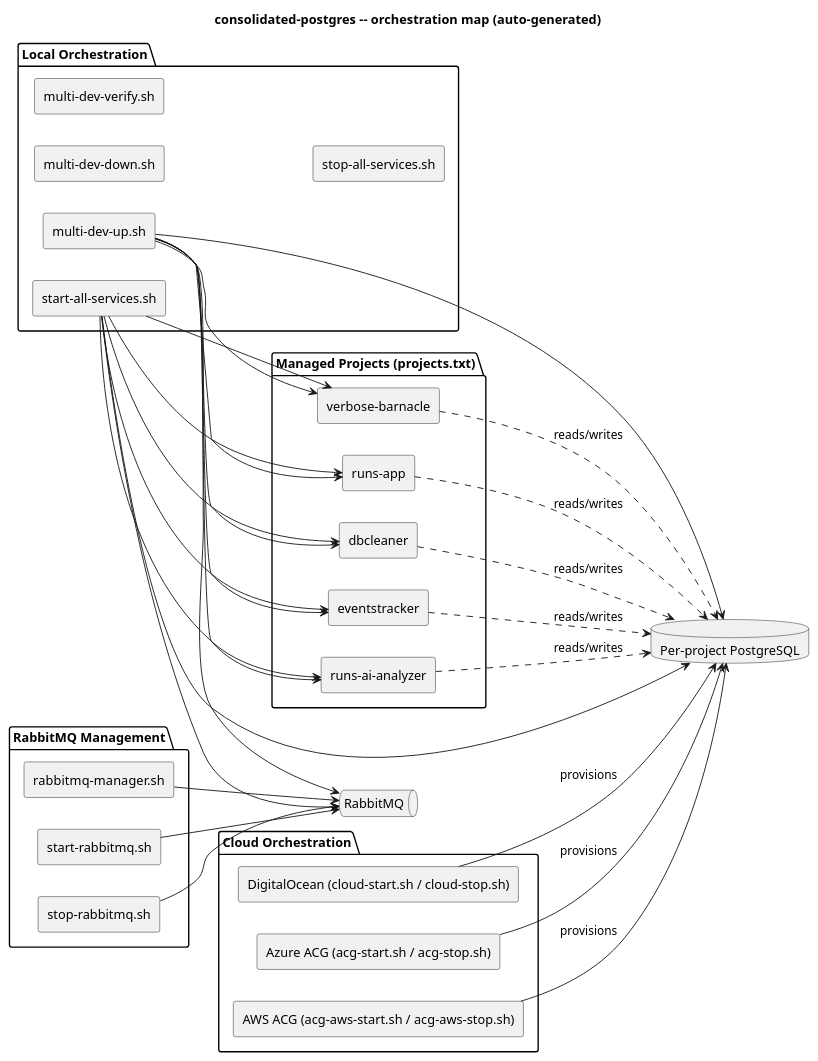
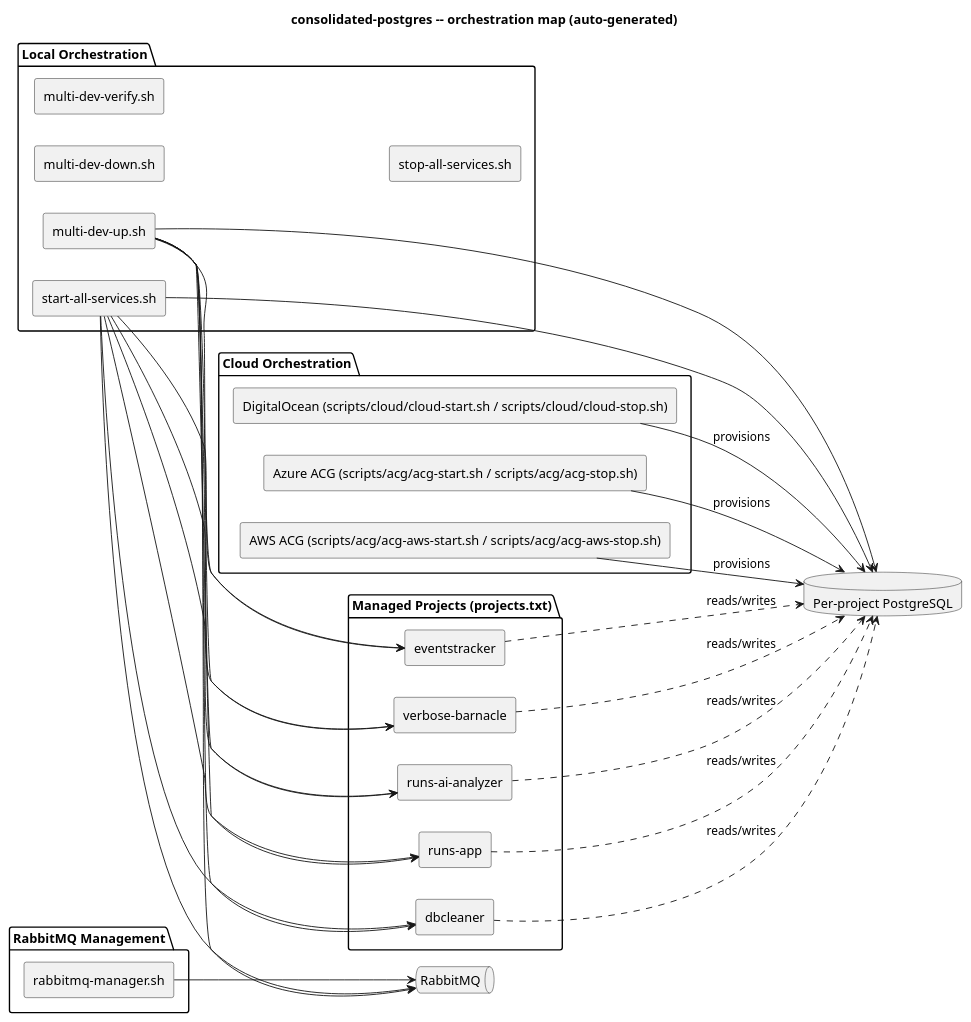
One commit to sathishjayapal/consolidated-postgres changed the diagram in docs/architecture.puml. Above: the diagram before and after it, drawn with PlantUML. The commit also changed 34 other files, not shown here.

```diff
--- a/docs/architecture.puml
+++ b/docs/architecture.puml
@@ -1,62 +1,58 @@
 @startuml
 title consolidated-postgres -- orchestration map (auto-generated)
 skinparam componentStyle rectangle
 left to right direction
 
 package "Local Orchestration" {
   [multi-dev-up.sh] as multi_dev_up_sh
   [multi-dev-down.sh] as multi_dev_down_sh
   [multi-dev-verify.sh] as multi_dev_verify_sh
   [start-all-services.sh] as start_all_services_sh
   [stop-all-services.sh] as stop_all_services_sh
 }
 
 package "Cloud Orchestration" {
-  [DigitalOcean (cloud-start.sh / cloud-stop.sh)] as DigitalOcean
-  [Azure ACG (acg-start.sh / acg-stop.sh)] as Azure_ACG
-  [AWS ACG (acg-aws-start.sh / acg-aws-stop.sh)] as AWS_ACG
+  [DigitalOcean (scripts/cloud/cloud-start.sh / scripts/cloud/cloud-stop.sh)] as DigitalOcean
+  [Azure ACG (scripts/acg/acg-start.sh / scripts/acg/acg-stop.sh)] as Azure_ACG
+  [AWS ACG (scripts/acg/acg-aws-start.sh / scripts/acg/acg-aws-stop.sh)] as AWS_ACG
 }
 
 package "RabbitMQ Management" {
   [rabbitmq-manager.sh] as rabbitmq_manager_sh
-  [start-rabbitmq.sh] as start_rabbitmq_sh
-  [stop-rabbitmq.sh] as stop_rabbitmq_sh
 }
 
 package "Managed Projects (projects.txt)" {
   [eventstracker] as eventstracker
   [runs-app] as runs_app
   [runs-ai-analyzer] as runs_ai_analyzer
   [verbose-barnacle] as verbose_barnacle
   [dbcleaner] as dbcleaner
 }
 
 database "Per-project PostgreSQL" as PG
 queue "RabbitMQ" as MQ
 
 multi_dev_up_sh --> eventstracker
 multi_dev_up_sh --> runs_app
 multi_dev_up_sh --> runs_ai_analyzer
 multi_dev_up_sh --> verbose_barnacle
 multi_dev_up_sh --> dbcleaner
 multi_dev_up_sh --> PG
 multi_dev_up_sh --> MQ
 start_all_services_sh --> eventstracker
 start_all_services_sh --> runs_app
 start_all_services_sh --> runs_ai_analyzer
 start_all_services_sh --> verbose_barnacle
 start_all_services_sh --> dbcleaner
 start_all_services_sh --> PG
 start_all_services_sh --> MQ
 DigitalOcean --> PG : provisions
 Azure_ACG --> PG : provisions
 AWS_ACG --> PG : provisions
 rabbitmq_manager_sh --> MQ
-start_rabbitmq_sh --> MQ
-stop_rabbitmq_sh --> MQ
 eventstracker ..> PG : reads/writes
 runs_app ..> PG : reads/writes
 runs_ai_analyzer ..> PG : reads/writes
 verbose_barnacle ..> PG : reads/writes
 dbcleaner ..> PG : reads/writes
 @enduml
```
